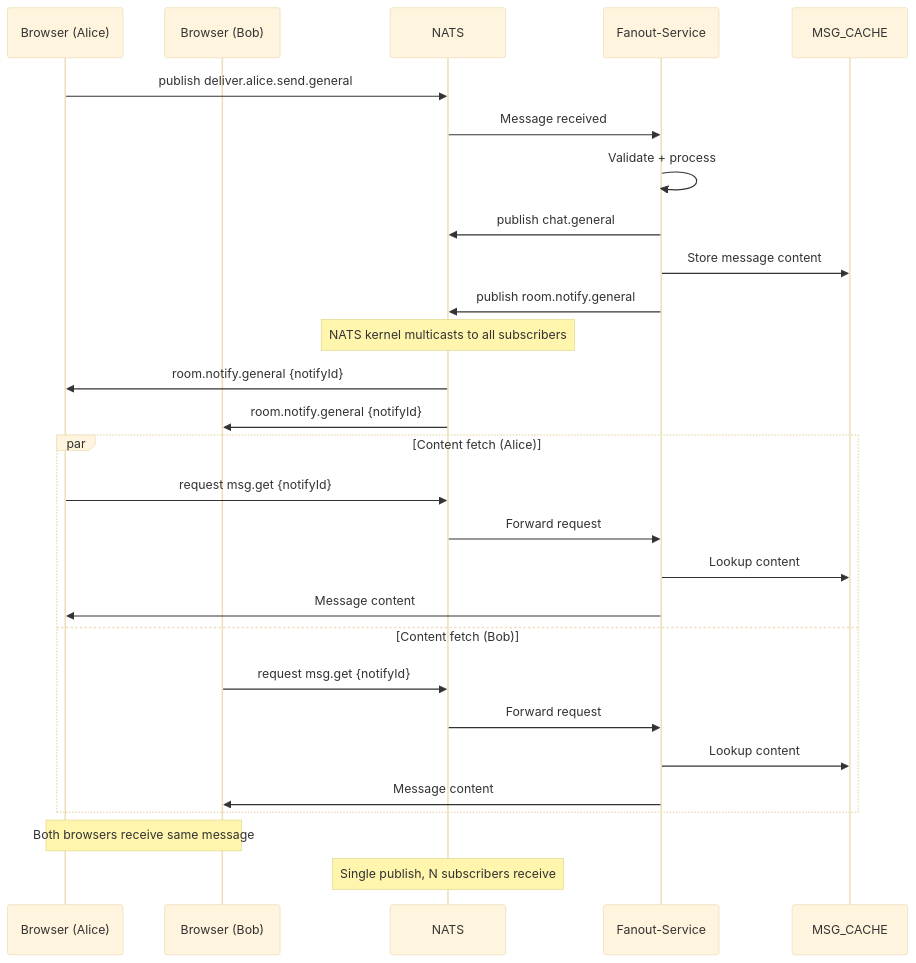
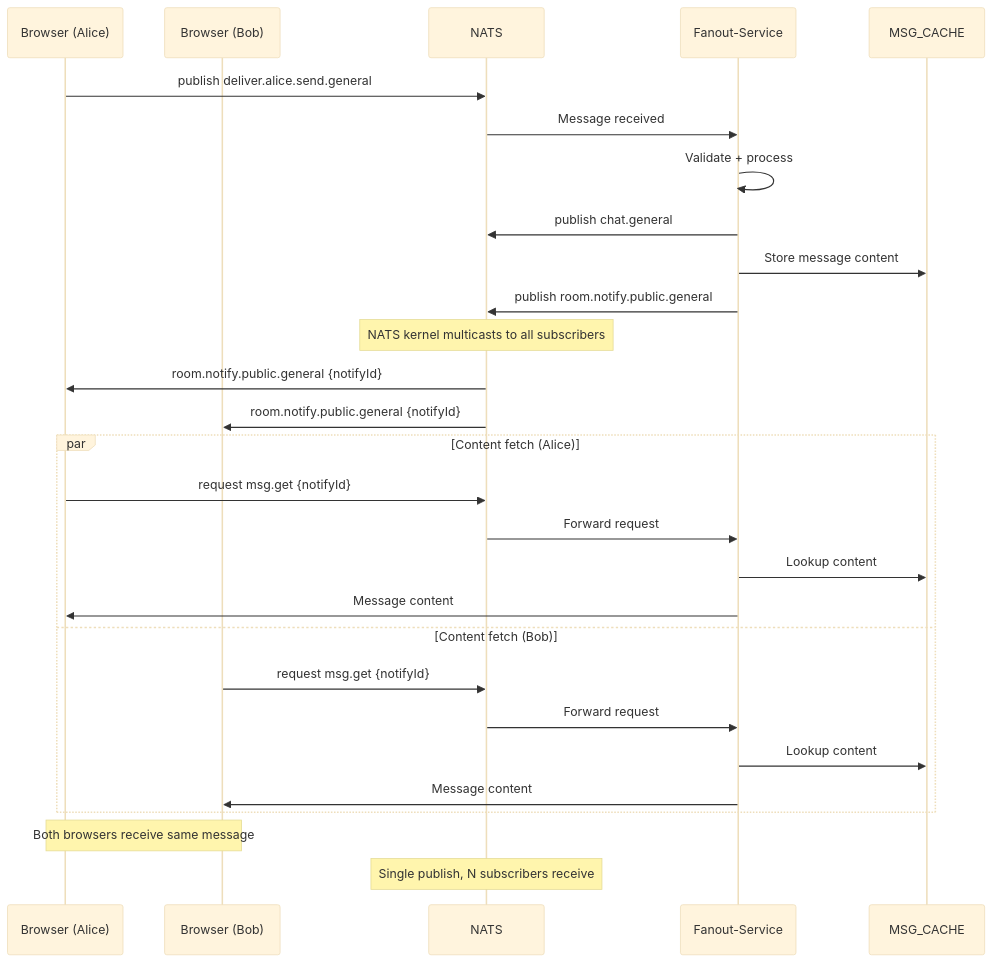
One commit to julianshen/nats-chat-keycloak changed the third of 9 diagrams in docs/seq.md. Above: the diagram before and after it, drawn with Mermaid (base theme). The commit also changed other lines of this file and 3 other files, not shown here.

Commit message:
Cache room visibility lookups and refresh notify subject docs

````diff
--- a/docs/seq.md
+++ b/docs/seq.md
@@ -123,36 +123,36 @@
 ```mermaid
 sequenceDiagram
     participant B1 as Browser (Alice)
     participant B2 as Browser (Bob)
     participant N as NATS
     participant F as Fanout-Service
     participant KV as MSG_CACHE
 
     B1->>N: publish deliver.alice.send.general
     N->>F: Message received
     
     F->>F: Validate + process
     F->>N: publish chat.general
     F->>KV: Store message content
-    F->>N: publish room.notify.general
+    F->>N: publish room.notify.public.general
 
     Note over N: NATS kernel multicasts to all subscribers
 
-    N->>B1: room.notify.general {notifyId}
-    N->>B2: room.notify.general {notifyId}
+    N->>B1: room.notify.public.general {notifyId}
+    N->>B2: room.notify.public.general {notifyId}
 
     par Content fetch (Alice)
         B1->>N: request msg.get {notifyId}
         N->>F: Forward request
         F->>KV: Lookup content
         F->>B1: Message content
     and Content fetch (Bob)
         B2->>N: request msg.get {notifyId}
         N->>F: Forward request
         F->>KV: Lookup content
         F->>B2: Message content
     end
 
     Note over B1,B2: Both browsers receive same message
     Note over N: Single publish, N subscribers receive
 ```
````
